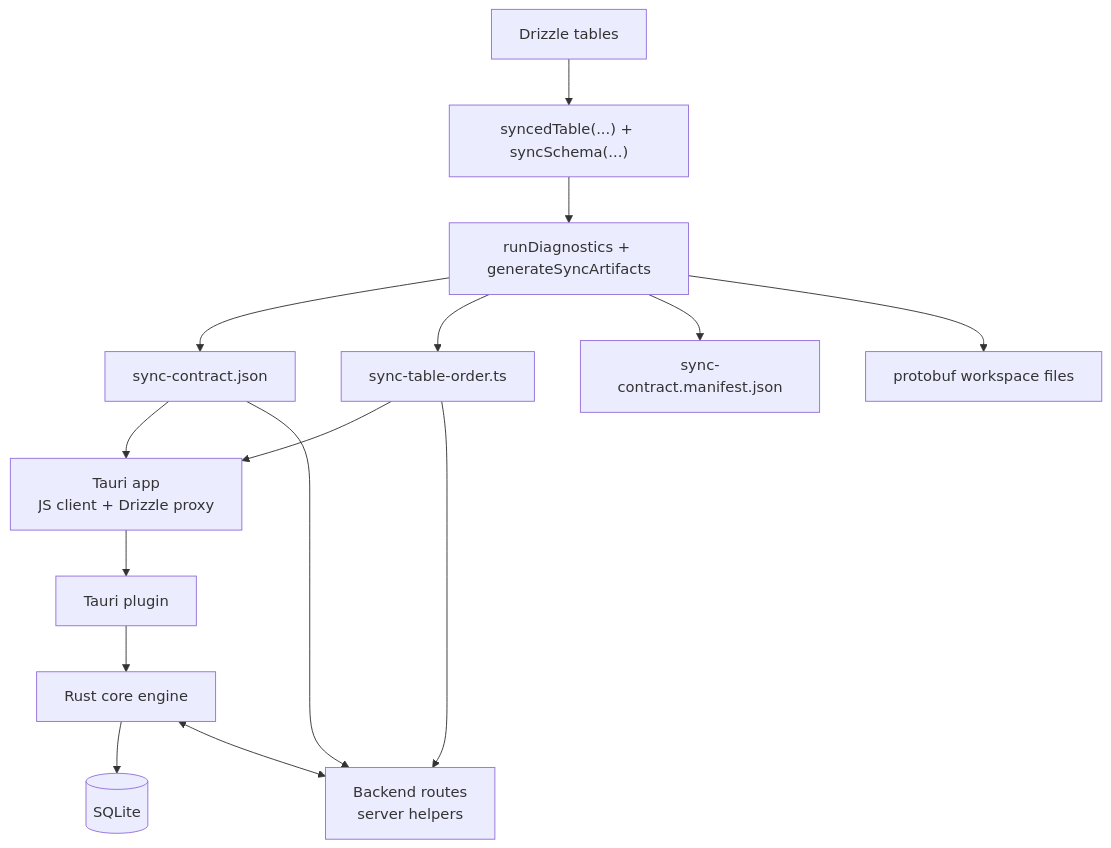
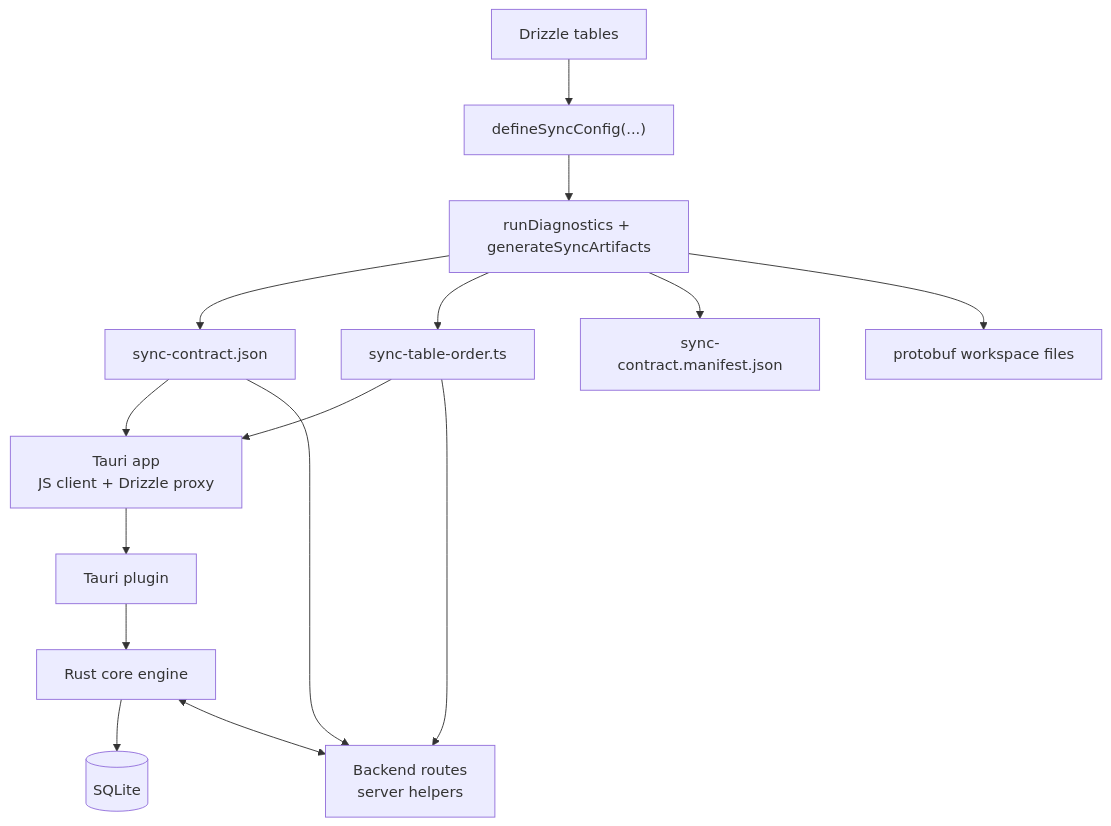
The first of 6 diagrams in apps/docs/content/docs/architecture.mdx (sakti-dev/baresync), drawn with Mermaid before and after one commit. The commit also changed other lines of this file and 36 other files, not shown here.

````diff
--- a/apps/docs/content/docs/architecture.mdx
+++ b/apps/docs/content/docs/architecture.mdx
@@ -11,27 +11,27 @@
 ```mermaid
 flowchart TD
   tables["Drizzle tables"]
-  schema["syncedTable(...) + syncSchema(...)"]
+  schema["defineSyncConfig(...)"]
   generator["runDiagnostics + generateSyncArtifacts"]
   contract["sync-contract.json"]
   order["sync-table-order.ts"]
   manifest["sync-contract.manifest.json"]
   protobuf["protobuf workspace files"]
   app["Tauri app<br/>JS client + Drizzle proxy"]
   backend["Backend routes<br/>server helpers"]
   plugin["Tauri plugin"]
   core["Rust core engine"]
   sqlite[("SQLite")]
 
   tables --> schema --> generator
   generator --> contract
   generator --> order
   generator --> manifest
   generator --> protobuf
   contract --> app
   order --> app
   contract --> backend
   order --> backend
   app --> plugin --> core --> sqlite
   core <--> backend
 ```
````
